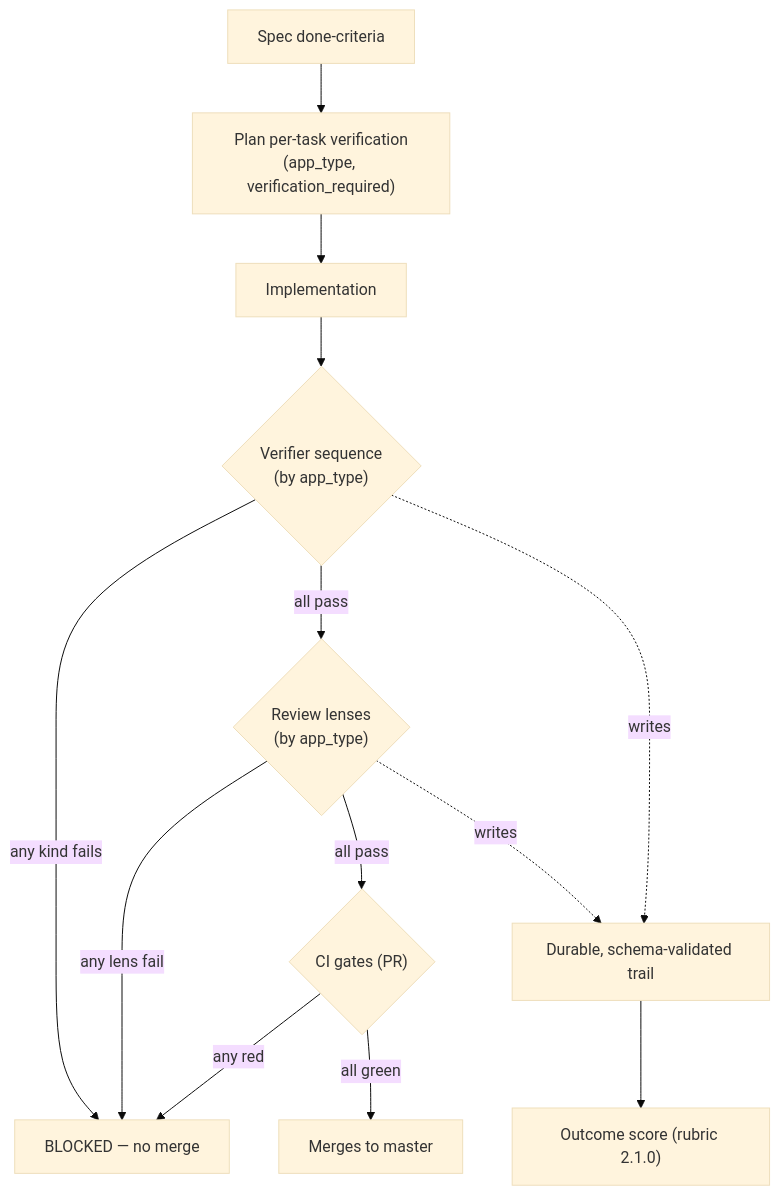
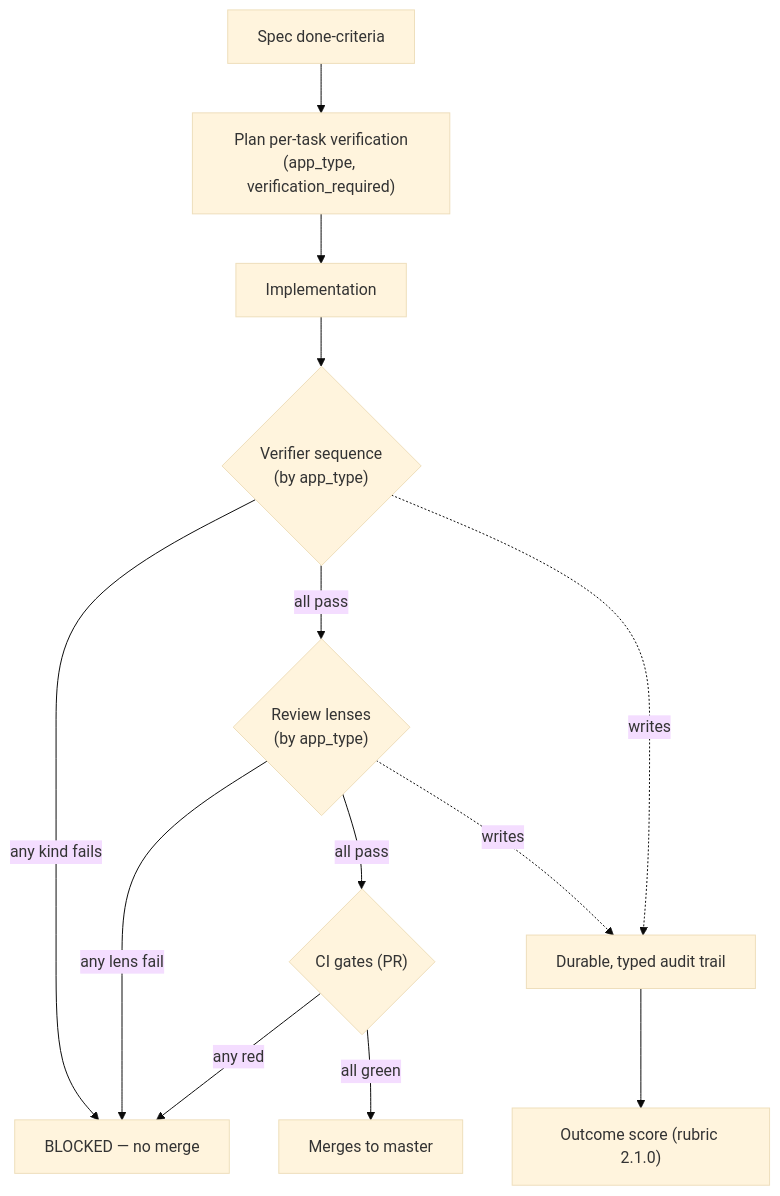
Before and after one commit to AGOrcha/dot-agents: the sixth of 6 diagrams in docs/DEMO_ASDLC_DECK.md, drawn with Mermaid (base theme). The commit also changed other lines of this file, not shown here.

Commit message:
docs(deck): scope 'schema-validated' to the decision records, not the whole trail (gate finding)

````diff
--- a/docs/DEMO_ASDLC_DECK.md
+++ b/docs/DEMO_ASDLC_DECK.md
@@ -218,15 +218,15 @@
 ```mermaid
 flowchart TD
     spec["Spec done-criteria"] --> plan["Plan per-task verification<br/>(app_type, verification_required)"]
     plan --> impl["Implementation"]
     impl --> verify{"Verifier sequence<br/>(by app_type)"}
     verify -->|any kind fails| block["BLOCKED — no merge"]
     verify -->|all pass| review{"Review lenses<br/>(by app_type)"}
     review -->|any lens fail| block
     review -->|all pass| ci{"CI gates (PR)"}
     ci -->|any red| block
     ci -->|all green| merge["Merges to master"]
-    verify -.writes.-> trail["Durable, schema-validated trail"]
+    verify -.writes.-> trail["Durable, typed audit trail"]
     review -.writes.-> trail
     trail --> score["Outcome score (rubric 2.1.0)"]
 ```
````
